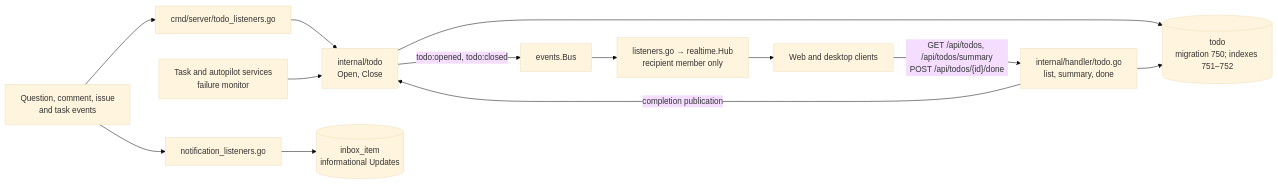
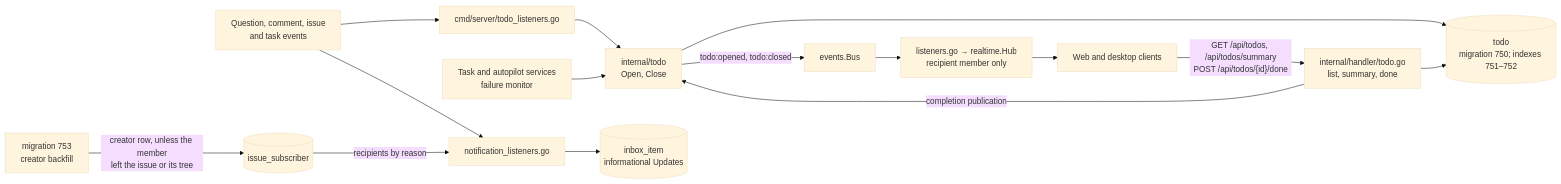
Before and after one commit to appboypov/multica: the eighth of 8 diagrams in specs/docs/system-design.md, drawn with Mermaid (base theme). The commit also changed other lines of this file and 8 other files, not shown here.

````diff
--- a/specs/docs/system-design.md
+++ b/specs/docs/system-design.md
@@ -847,24 +847,28 @@
 ```mermaid
 flowchart LR
   events["Question, comment, issue<br/>and task events"]
   listeners["cmd/server/todo_listeners.go"]
   producers["Task and autopilot services<br/>failure monitor"]
   service["internal/todo<br/>Open, Close"]
   rows[("todo<br/>migration 750; indexes 751–752")]
   api["internal/handler/todo.go<br/>list, summary, done"]
   bus["events.Bus"]
   realtime["listeners.go → realtime.Hub<br/>recipient member only"]
   clients["Web and desktop clients"]
   updates[("inbox_item<br/>informational Updates")]
   notices["notification_listeners.go"]
+  backfill["migration 753<br/>creator backfill"]
+  subscribers[("issue_subscriber")]
 
   events --> listeners --> service
   producers --> service
   service --> rows
   service -->|"todo:opened, todo:closed"| bus
   bus --> realtime --> clients
   clients -->|"GET /api/todos, /api/todos/summary<br/>POST /api/todos/{id}/done"| api
   api --> rows
   api -->|"completion publication"| service
   events --> notices --> updates
+  backfill -->|"creator row, unless the member<br/>left the issue or its tree"| subscribers
+  subscribers -->|"recipients by reason"| notices
 ```
````
